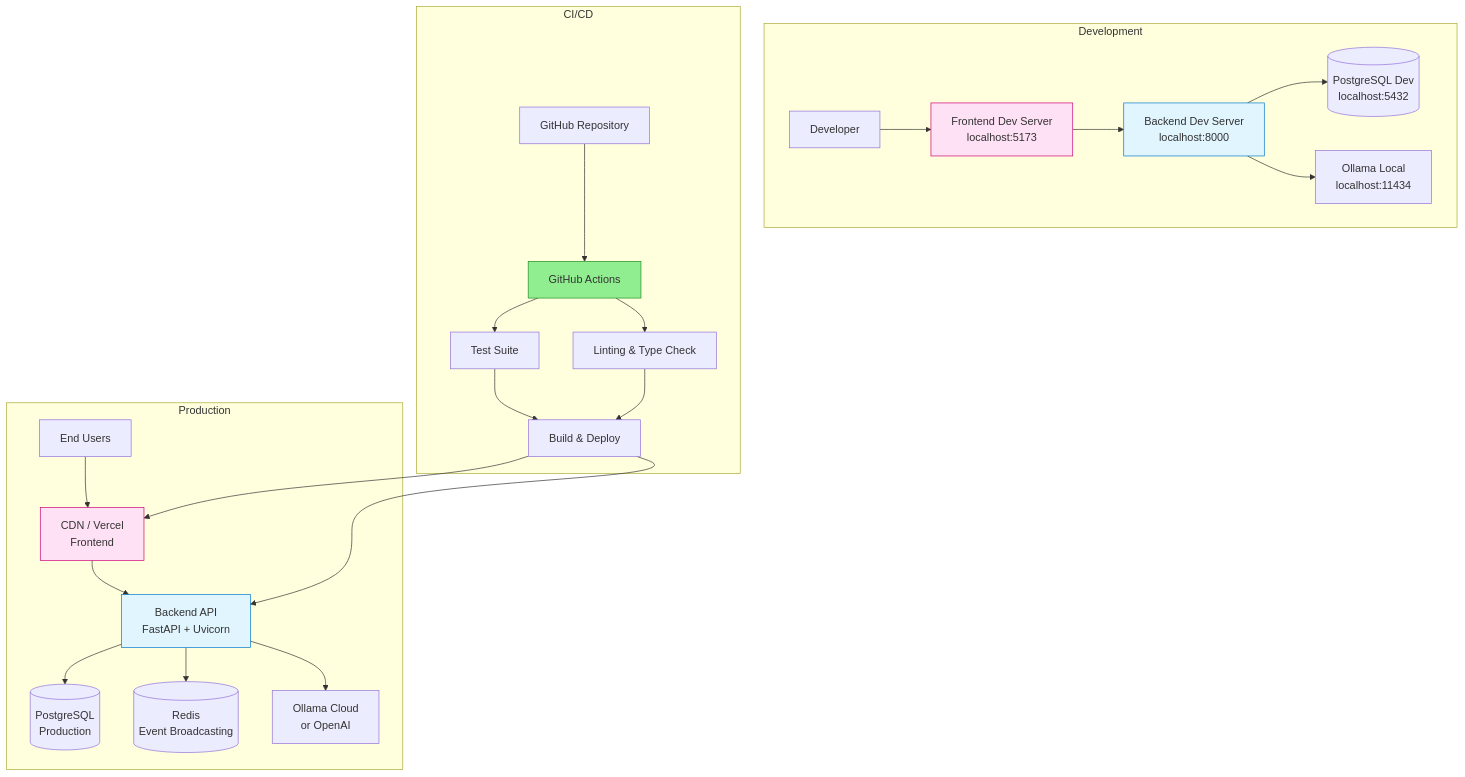
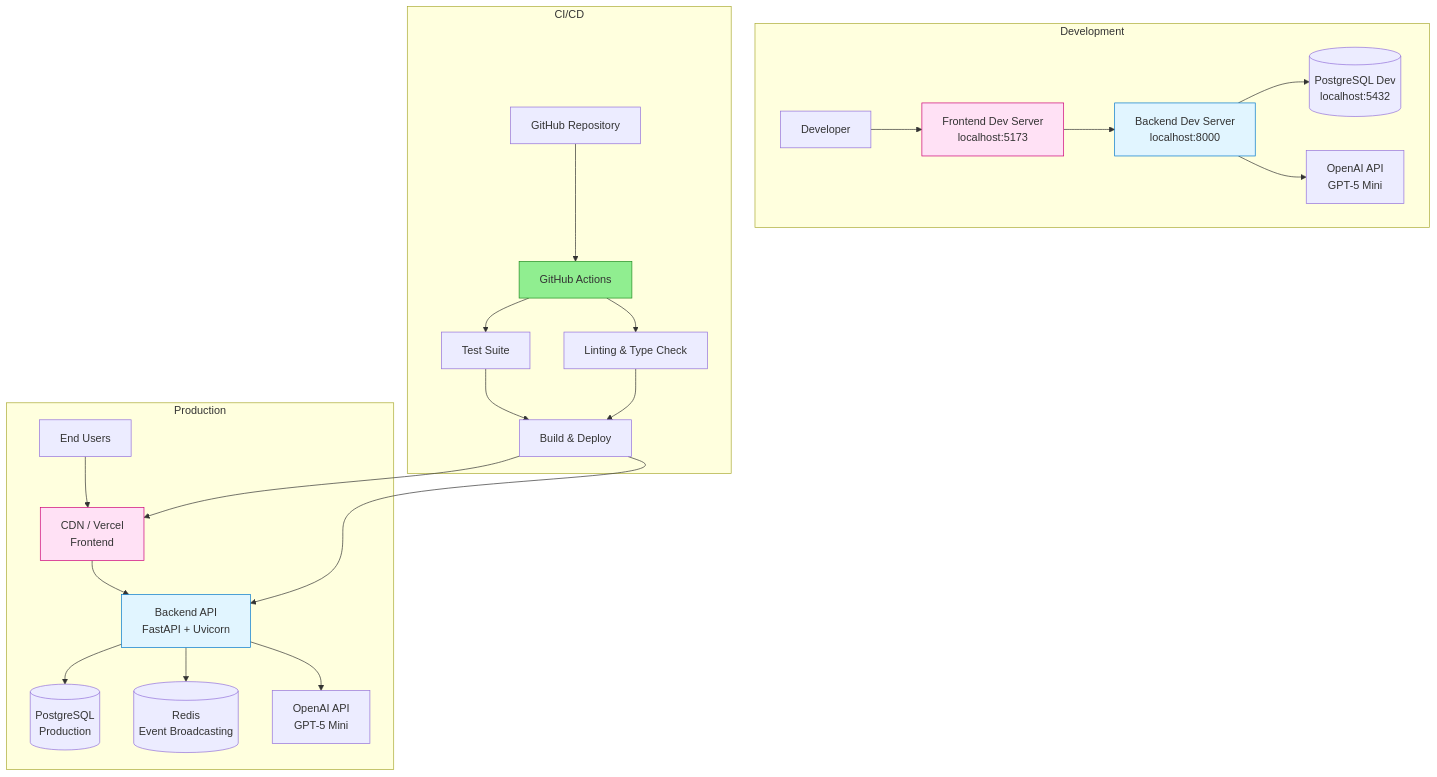
One commit to ArieGoldkin/SkillForge changed the tenth of 11 diagrams in docs/ARCHITECTURE.md. Above: the diagram before and after it, drawn with Mermaid. The commit also changed other lines of this file and 496 other files, not shown here.

````diff
--- a/docs/ARCHITECTURE.md
+++ b/docs/ARCHITECTURE.md
@@ -623,52 +654,52 @@
 ```mermaid
 graph TB
     subgraph "Development"
         DevUser[Developer]
         DevFrontend[Frontend Dev Server<br/>localhost:5173]
         DevBackend[Backend Dev Server<br/>localhost:8000]
         DevDB[(PostgreSQL Dev<br/>localhost:5432)]
-        DevOllama[Ollama Local<br/>localhost:11434]
+        DevOpenAI[OpenAI API<br/>GPT-5 Mini]
         
         DevUser --> DevFrontend
         DevFrontend --> DevBackend
         DevBackend --> DevDB
-        DevBackend --> DevOllama
+        DevBackend --> DevOpenAI
     end
     
     subgraph "Production"
         ProdUser[End Users]
         ProdCDN[CDN / Vercel<br/>Frontend]
         ProdAPI[Backend API<br/>FastAPI + Uvicorn]
         ProdDB[(PostgreSQL<br/>Production)]
         ProdRedis[(Redis<br/>Event Broadcasting)]
-        ProdOllama[Ollama Cloud<br/>or OpenAI]
+        ProdOpenAI[OpenAI API<br/>GPT-5 Mini]
         
         ProdUser --> ProdCDN
         ProdCDN --> ProdAPI
         ProdAPI --> ProdDB
         ProdAPI --> ProdRedis
-        ProdAPI --> ProdOllama
+        ProdAPI --> ProdOpenAI
     end
     
     subgraph "CI/CD"
         GitHub[GitHub Repository]
         GitHubActions[GitHub Actions]
         Tests[Test Suite]
         Lint[Linting & Type Check]
         Build[Build & Deploy]
         
         GitHub --> GitHubActions
         GitHubActions --> Tests
         GitHubActions --> Lint
         Tests --> Build
         Lint --> Build
         Build --> ProdAPI
         Build --> ProdCDN
     end
     
     style DevFrontend fill:#ffe1f5,stroke:#cc0077
     style DevBackend fill:#e1f5ff,stroke:#0077cc
     style ProdCDN fill:#ffe1f5,stroke:#cc0077
     style ProdAPI fill:#e1f5ff,stroke:#0077cc
     style GitHubActions fill:#90ee90,stroke:#228b22
 ```
````
